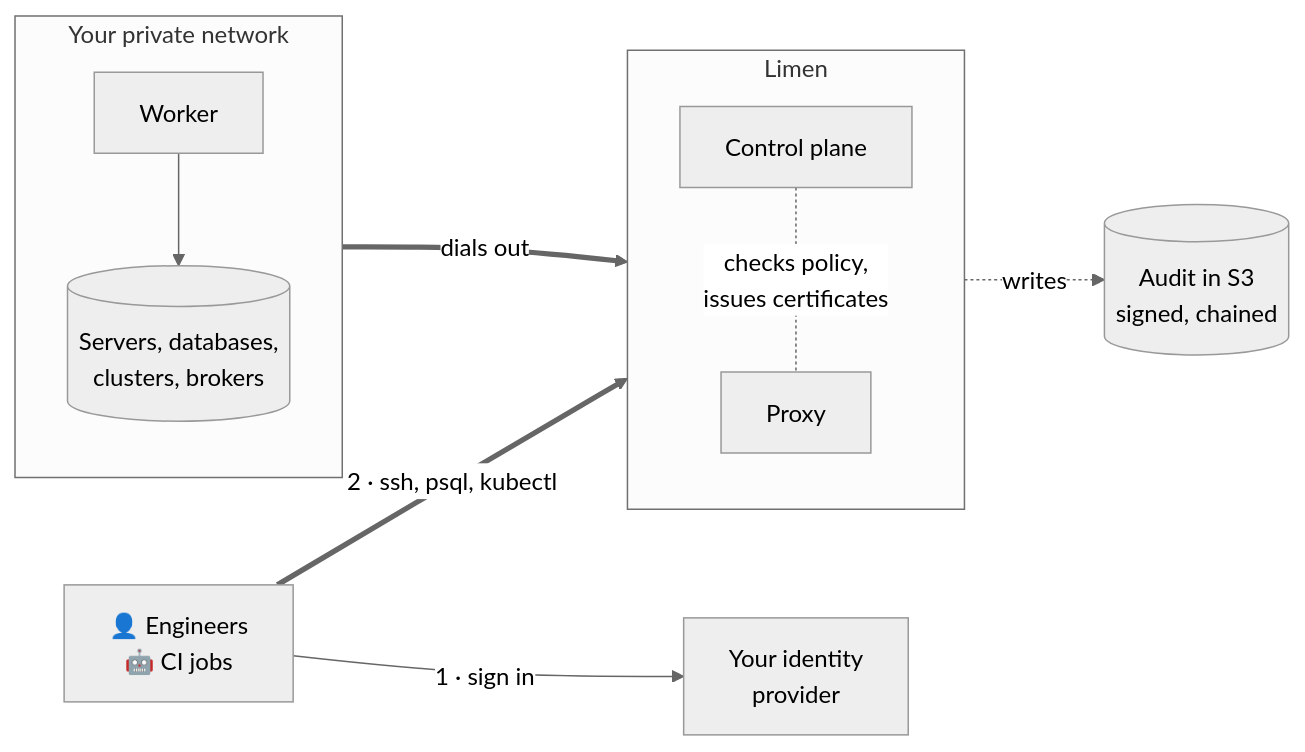
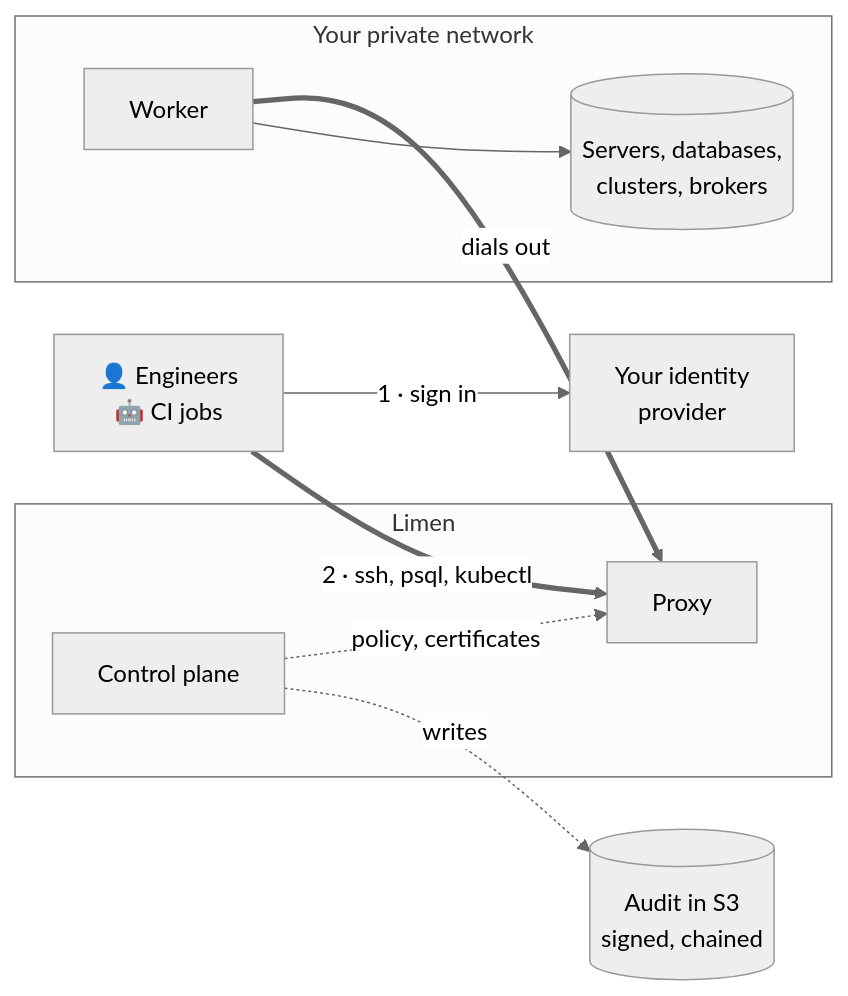
Before and after one commit to limen-dev/.github: the diagram in profile/README.md, drawn with Mermaid (neutral theme).

Commit message:
fix(profile): diagram syntax GitHub's Mermaid accepts

````diff
--- a/profile/README.md
+++ b/profile/README.md
@@ -61,22 +61,20 @@
 ```mermaid
 flowchart LR
   user["👤 Engineers<br>🤖 CI jobs"]
   idp["Your identity<br>provider"]
-  subgraph limen ["Limen"]
-    direction TB
+  subgraph limen["Limen"]
     proxy["Proxy"]
     cp["Control plane"]
   end
-  subgraph net ["Your private network"]
-    direction TB
+  subgraph private["Your private network"]
     worker["Worker"]
     targets[("Servers, databases,<br>clusters, brokers")]
   end
   s3[("Audit in S3<br>signed, chained")]
-  user -- "1 · sign in" --> idp
-  user == "2 · ssh, psql, kubectl" ==> proxy
-  worker == "dials out" ==> proxy
+  user -->|"1 · sign in"| idp
+  user ==>|"2 · ssh, psql, kubectl"| proxy
+  worker ==>|"dials out"| proxy
   worker --> targets
-  cp -. "checks policy,<br>issues certificates" .- proxy
-  cp -. "writes" .-> s3
+  cp -.->|"policy, certificates"| proxy
+  cp -.->|"writes"| s3
 ```
````
